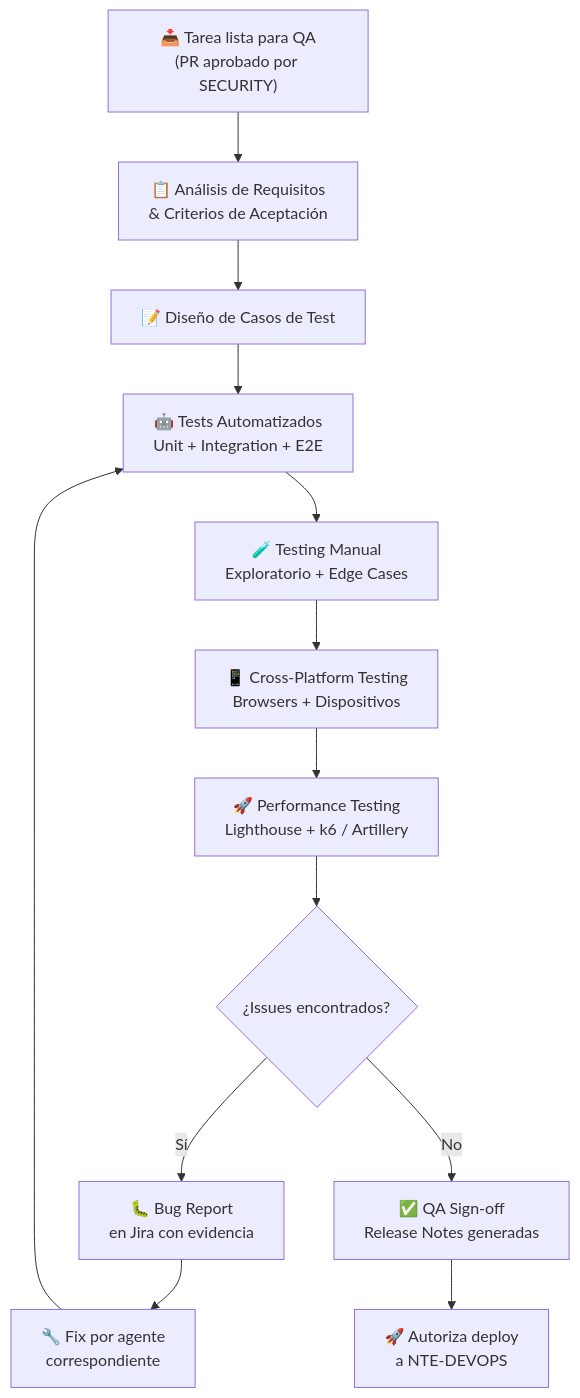
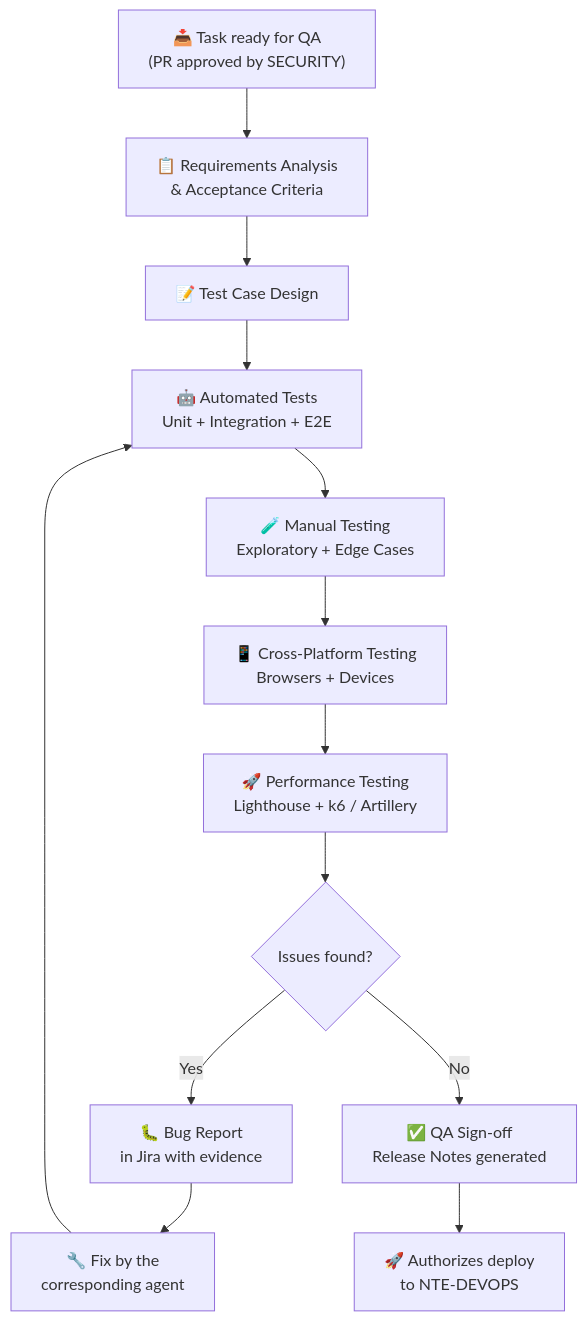
The first of 2 diagrams in documentation/03-agents/software-wing/nte-qa.md (nissienterprise/nissi-openclaw-vps), drawn with Mermaid before and after one commit. The commit also changed other lines of this file and 46 other files, not shown here.

````diff
--- a/documentation/03-agents/software-wing/nte-qa.md
+++ b/documentation/03-agents/software-wing/nte-qa.md
@@ -25,15 +25,15 @@
 ```mermaid
 flowchart TD
-    A["📥 Tarea lista para QA\n(PR aprobado por SECURITY)"] --> B["📋 Análisis de Requisitos\n& Criterios de Aceptación"]
-    B --> C["📝 Diseño de Casos de Test"]
-    C --> D["🤖 Tests Automatizados\nUnit + Integration + E2E"]
-    D --> E["🧪 Testing Manual\nExploratorio + Edge Cases"]
-    E --> F["📱 Cross-Platform Testing\nBrowsers + Dispositivos"]
+    A["📥 Task ready for QA\n(PR approved by SECURITY)"] --> B["📋 Requirements Analysis\n& Acceptance Criteria"]
+    B --> C["📝 Test Case Design"]
+    C --> D["🤖 Automated Tests\nUnit + Integration + E2E"]
+    D --> E["🧪 Manual Testing\nExploratory + Edge Cases"]
+    E --> F["📱 Cross-Platform Testing\nBrowsers + Devices"]
     F --> G["🚀 Performance Testing\nLighthouse + k6 / Artillery"]
-    G --> H{"¿Issues encontrados?"}
-    H -->|Sí| I["🐛 Bug Report\nen Jira con evidencia"]
-    I --> J["🔧 Fix por agente\ncorrespondiente"]
+    G --> H{"Issues found?"}
+    H -->|Yes| I["🐛 Bug Report\nin Jira with evidence"]
+    I --> J["🔧 Fix by the\ncorresponding agent"]
     J --> D
-    H -->|No| K["✅ QA Sign-off\nRelease Notes generadas"]
-    K --> L["🚀 Autoriza deploy\na NTE-DEVOPS"]
+    H -->|No| K["✅ QA Sign-off\nRelease Notes generated"]
+    K --> L["🚀 Authorizes deploy\nto NTE-DEVOPS"]
 ```
````
